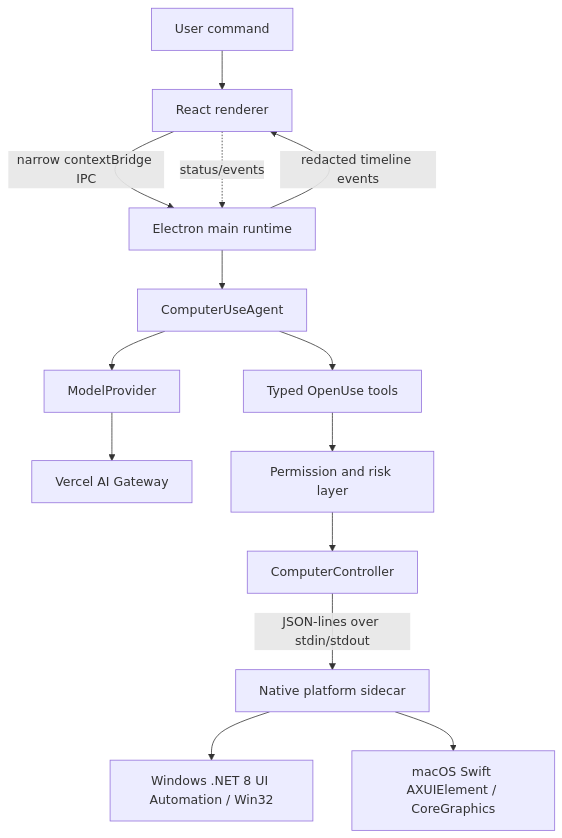
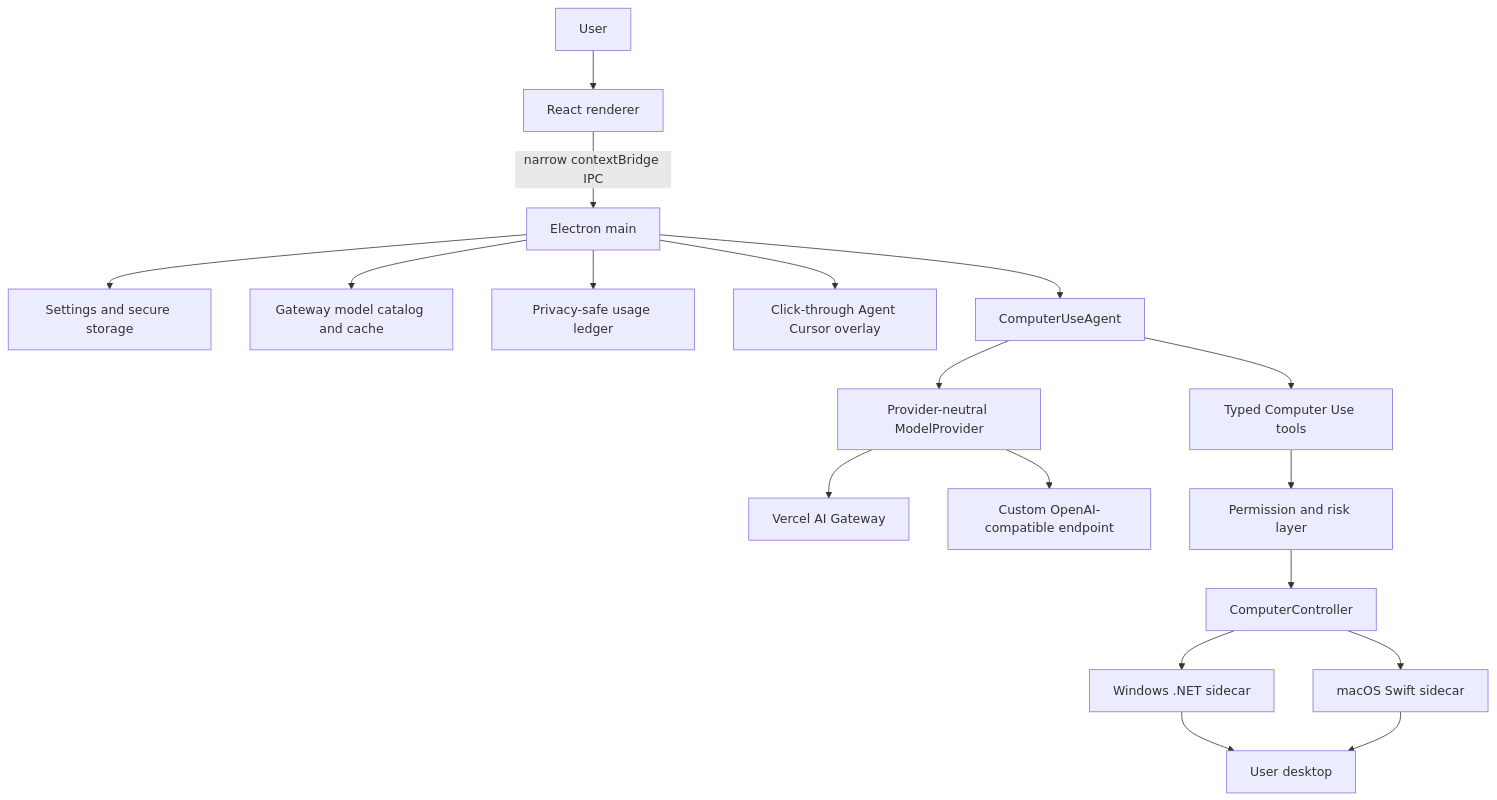
Before and after one commit to mathofdynamic/OpenUse: the diagram in docs/architecture.md, drawn with Mermaid. The commit also changed other lines of this file and 22 other files, not shown here.

````diff
--- a/docs/architecture.md
+++ b/docs/architecture.md
@@ -5,16 +5,20 @@
 ```mermaid
 flowchart TD
-    User[User command] --> UI[React renderer]
-    UI -->|narrow contextBridge IPC| Main[Electron main runtime]
+    User[User] --> UI[React renderer]
+    UI -->|narrow contextBridge IPC| Main[Electron main]
+    Main --> Settings[Settings and secure storage]
+    Main --> Catalog[Gateway model catalog and cache]
+    Main --> Usage[Privacy-safe usage ledger]
+    Main --> Cursor[Click-through Agent Cursor overlay]
     Main --> Agent[ComputerUseAgent]
-    Agent --> Provider[ModelProvider]
+    Agent --> Provider[Provider-neutral ModelProvider]
     Provider --> Gateway[Vercel AI Gateway]
-    Agent --> Tools[Typed OpenUse tools]
+    Provider --> Custom[Custom OpenAI-compatible endpoint]
+    Agent --> Tools[Typed Computer Use tools]
     Tools --> Policy[Permission and risk layer]
     Policy --> Controller[ComputerController]
-    Controller -->|JSON-lines over stdin/stdout| Sidecar[Native platform sidecar]
-    Sidecar --> Win[Windows .NET 8 UI Automation / Win32]
-    Sidecar --> Mac[macOS Swift AXUIElement / CoreGraphics]
-    UI -. status/events .-> Main
-    Main -->|redacted timeline events| UI
+    Controller --> Win[Windows .NET sidecar]
+    Controller --> Mac[macOS Swift sidecar]
+    Win --> Desktop[User desktop]
+    Mac --> Desktop
 ```
````
